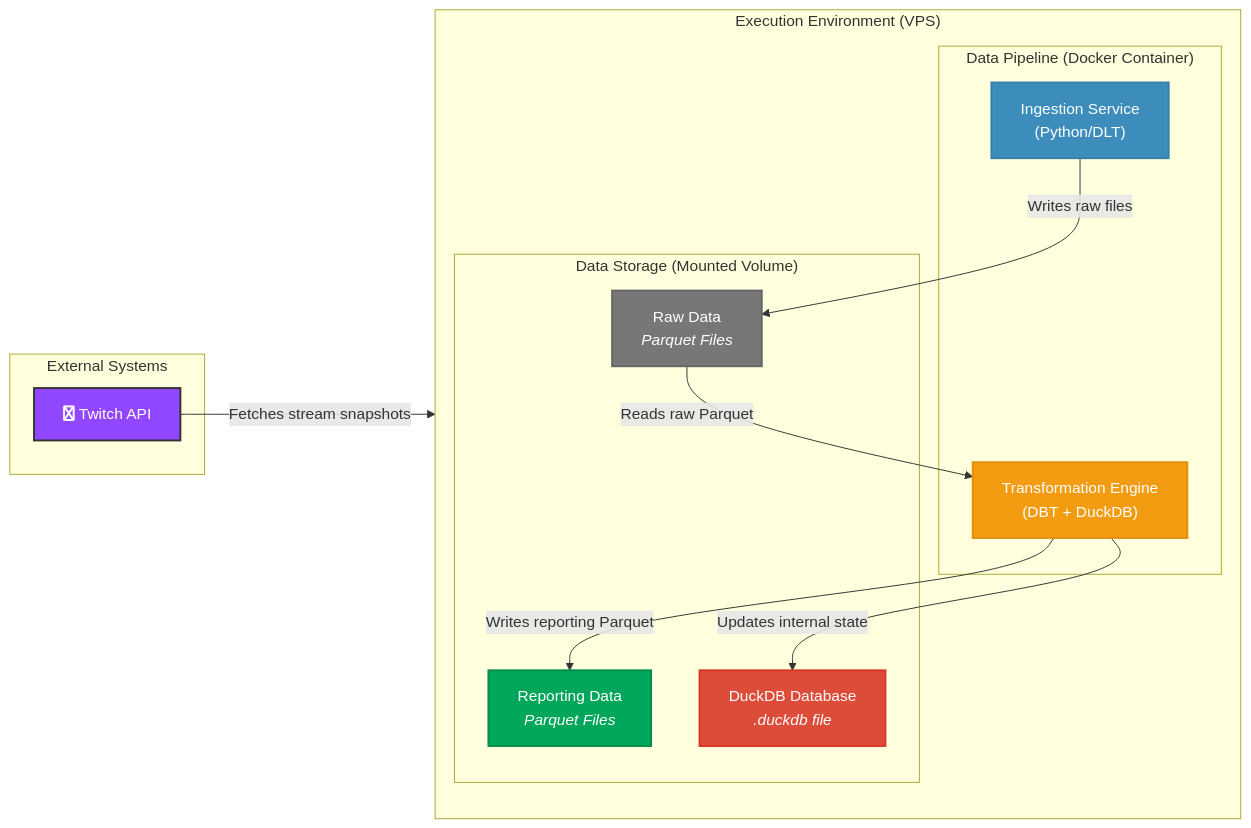
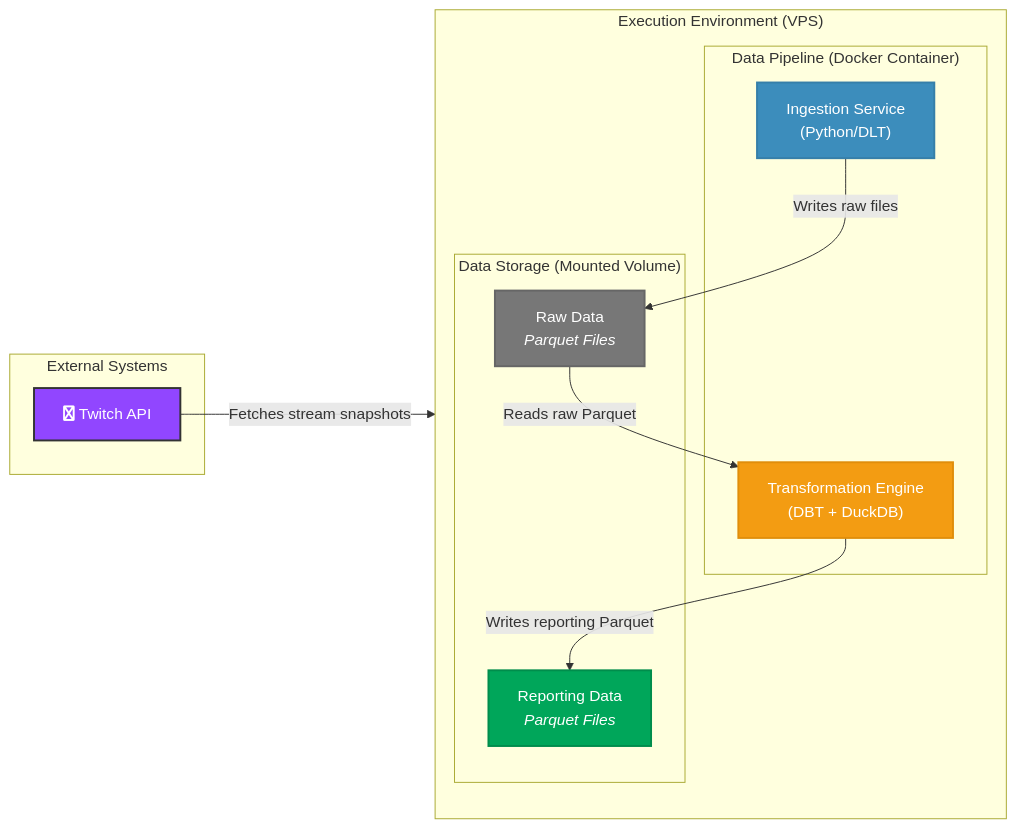
The first of 2 diagrams in README.md (gabriellegall/twitch_bi), drawn with Mermaid before and after one commit.

````diff
--- a/README.md
+++ b/README.md
@@ -9,36 +9,33 @@
 ```mermaid
 graph LR;
     %% Define subgraphs for clear boundaries
     subgraph "External Systems"
         A[fa:fa-twitch Twitch API]
     end
 
     subgraph "Execution Environment (VPS)"
         direction TB
         subgraph "Data Pipeline (Docker Container)"
             B["Ingestion Service<br>(Python/DLT)"]
             C["Transformation Engine<br>(DBT + DuckDB)"]
         end
         
         subgraph "Data Storage (Mounted Volume)"
             D["Raw Data<br><i>Parquet Files</i>"]
             E["Reporting Data<br><i>Parquet Files</i>"]
-            F["DuckDB Database<br><i>.duckdb file</i>"]
         end
     end
 
     %% Define the data flow with clear labels
     A -- "Fetches stream snapshots" --> B
     B -- "Writes raw files" --> D
     D -- "Reads raw Parquet" --> C
     C -- "Writes reporting Parquet" --> E
-    C -- "Updates internal state" --> F
 
     %% Styling for a professional look
     style A fill:#9146FF,stroke:#333,stroke-width:2px,color:#fff
     style B fill:#3c8dbc,stroke:#367fa9,stroke-width:2px,color:white
     style C fill:#f39c12,stroke:#e08e0b,stroke-width:2px,color:white
     style D fill:#777,stroke:#666,stroke-width:2px,color:white
     style E fill:#00a65a,stroke:#008d4c,stroke-width:2px,color:white
-    style F fill:#dd4b39,stroke:#d73925,stroke-width:2px,color:white
 ```
````
